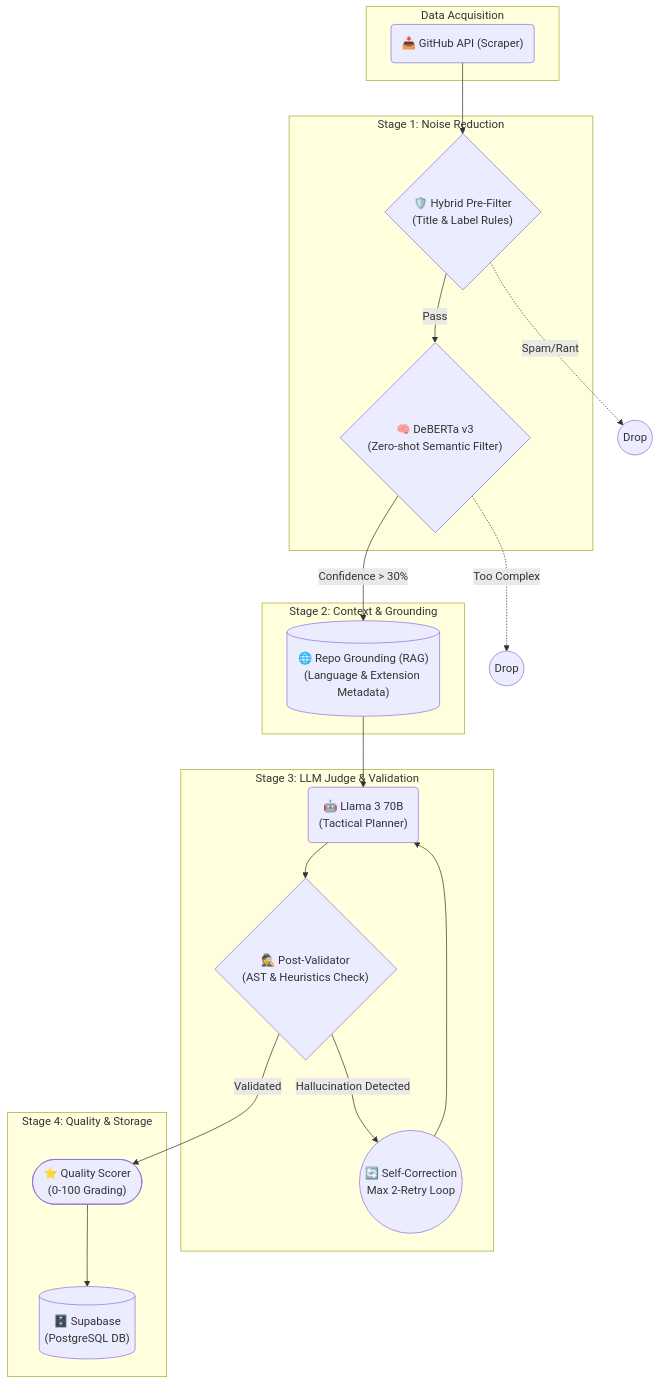
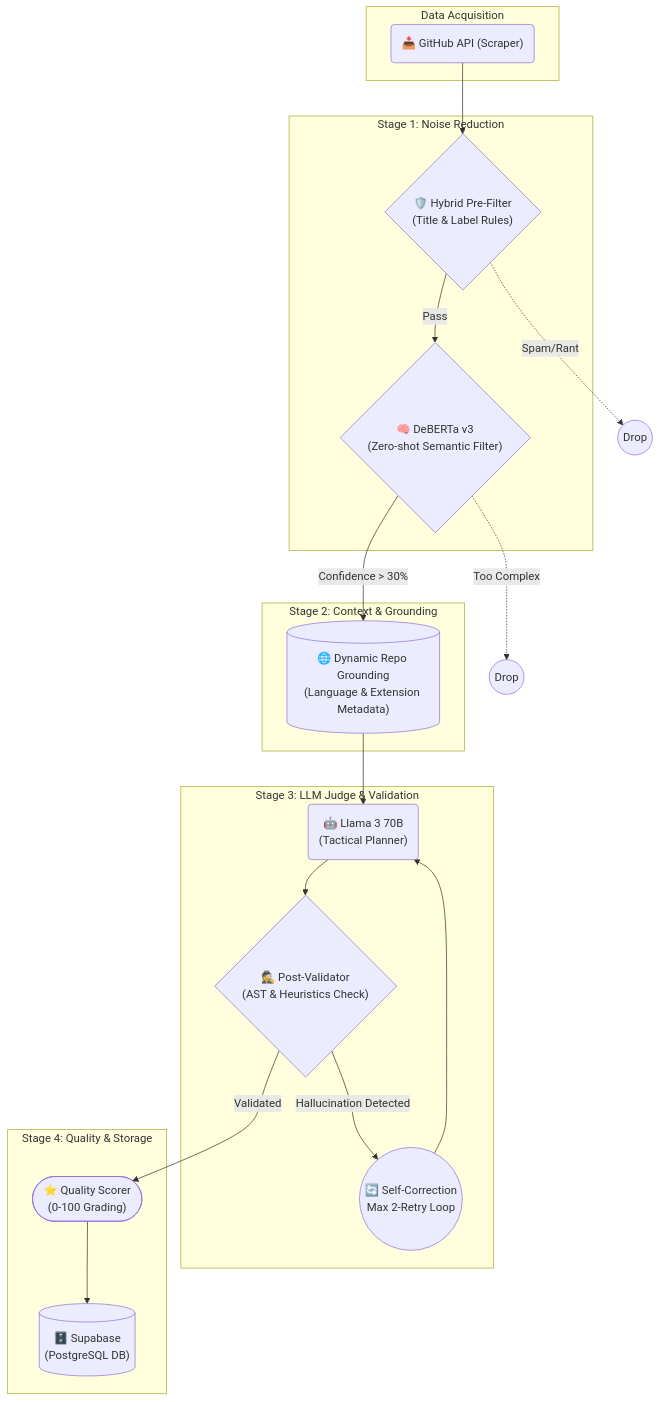
The diagram in README.md (sriharizz/gitnova), drawn with Mermaid before and after one commit. The commit also changed other lines of this file and 29 other files, not shown here.

````diff
--- a/README.md
+++ b/README.md
@@ -19,38 +19,38 @@
 ```mermaid
 flowchart TD
     subgraph "Data Acquisition"
         A("📥 GitHub API (Scraper)")
     end
 
     subgraph "Stage 1: Noise Reduction"
         B{"🛡️ Hybrid Pre-Filter<br/>(Title & Label Rules)"}
         C{"🧠 DeBERTa v3<br/>(Zero-shot Semantic Filter)"}
     end
 
     subgraph "Stage 2: Context & Grounding"
-        D[("🌐 Repo Grounding (RAG)<br/>(Language & Extension Metadata)")]
+        D[("🌐 Dynamic Repo Grounding<br/>(Language & Extension Metadata)")]
     end
 
     subgraph "Stage 3: LLM Judge & Validation"
         E("🤖 Llama 3 70B<br/>(Tactical Planner)")
         F{"🕵️ Post-Validator<br/>(AST & Heuristics Check)"}
         R(("🔄 Self-Correction<br/>Max 2-Retry Loop"))
     end
 
     subgraph "Stage 4: Quality & Storage"
         G(["⭐ Quality Scorer<br/>(0-100 Grading)"])
         H[("🗄️ Supabase<br/>(PostgreSQL DB)")]
     end
 
     A --> B
     B -- "Pass" --> C
     B -. "Spam/Rant" .-> Drop1((Drop))
     C -- "Confidence > 30%" --> D
     C -. "Too Complex" .-> Drop2((Drop))
     D --> E
     E --> F
     F -- "Hallucination Detected" --> R
     R --> E
     F -- "Validated" --> G
     G --> H
 ```
````
